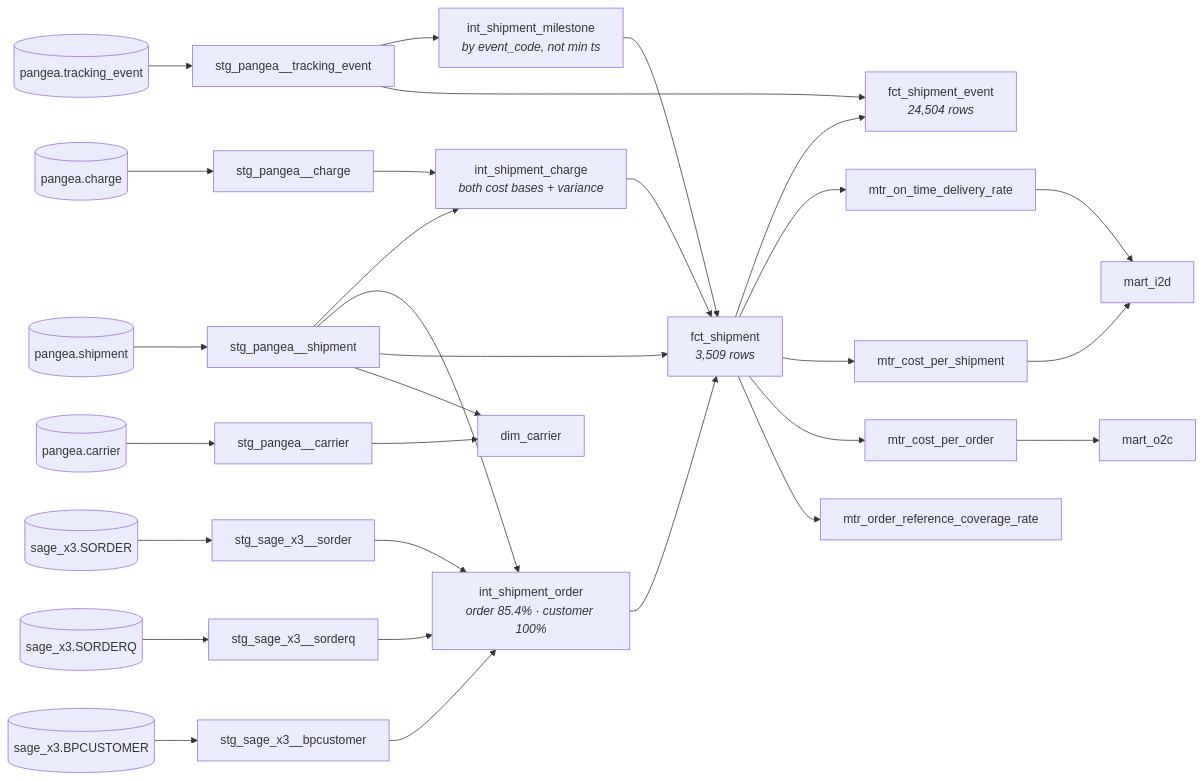
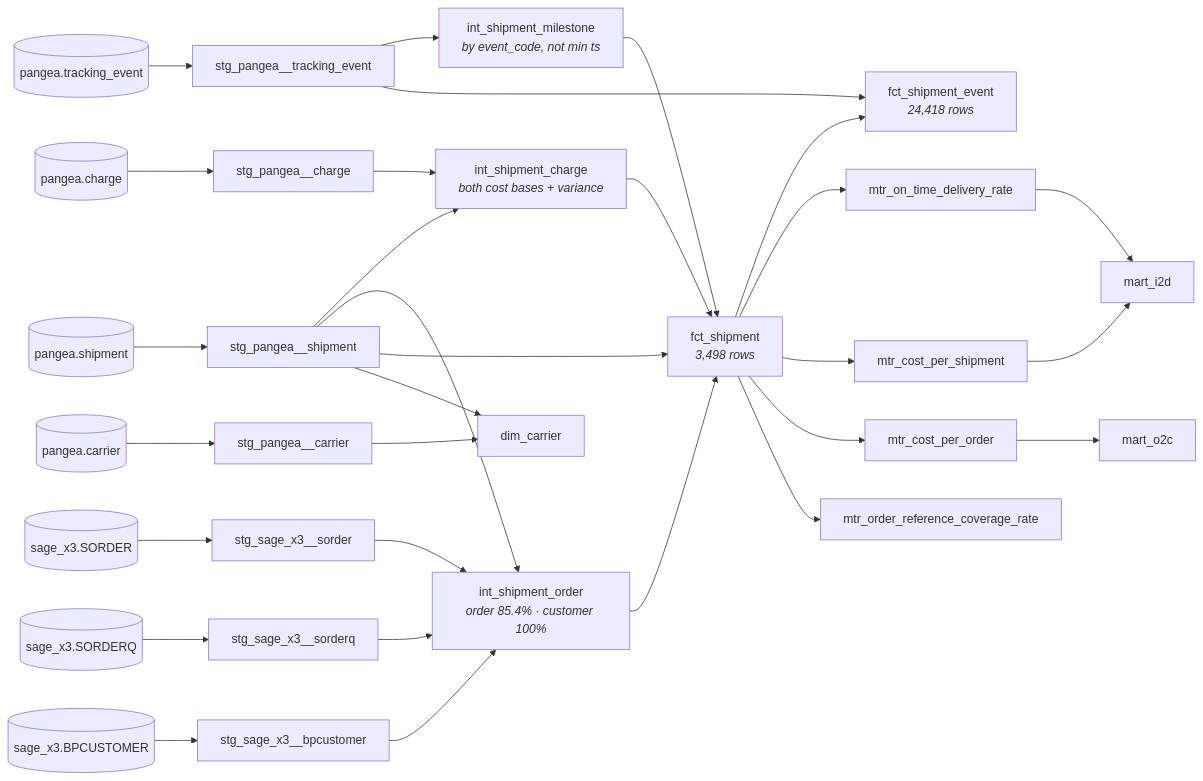
The tenth of 14 diagrams in docs/data_model.md (patrickmhaney/bgr_control_tower), drawn with Mermaid before and after one commit. The commit also changed other lines of this file and 34 other files, not shown here.

````diff
--- a/docs/data_model.md
+++ b/docs/data_model.md
@@ -993,37 +993,37 @@
 ```mermaid
 flowchart LR
     src_ship[("pangea.shipment")] --> stg_ship["stg_pangea__shipment"]
     src_evt[("pangea.tracking_event")] --> stg_evt["stg_pangea__tracking_event"]
     src_chg[("pangea.charge")] --> stg_chg["stg_pangea__charge"]
     src_car[("pangea.carrier")] --> stg_car["stg_pangea__carrier"]
     src_ord[("sage_x3.SORDER")] --> stg_ord["stg_sage_x3__sorder"]
     src_ordq[("sage_x3.SORDERQ")] --> stg_ordq["stg_sage_x3__sorderq"]
     src_cust[("sage_x3.BPCUSTOMER")] --> stg_cust["stg_sage_x3__bpcustomer"]
 
     stg_ship --> int_chg["int_shipment_charge<br/><i>both cost bases + variance</i>"]
     stg_chg --> int_chg
     stg_evt --> int_ms["int_shipment_milestone<br/><i>by event_code, not min ts</i>"]
     stg_ship --> int_ord["int_shipment_order<br/><i>order 85.4% · customer 100%</i>"]
     stg_ord --> int_ord
     stg_ordq --> int_ord
     stg_cust --> int_ord
 
-    stg_ship --> fct["fct_shipment<br/><i>3,509 rows</i>"]
+    stg_ship --> fct["fct_shipment<br/><i>3,498 rows</i>"]
     int_chg --> fct
     int_ms --> fct
     int_ord --> fct
 
-    stg_evt --> fevt["fct_shipment_event<br/><i>24,504 rows</i>"]
+    stg_evt --> fevt["fct_shipment_event<br/><i>24,418 rows</i>"]
     fct --> fevt
     stg_car --> dcar["dim_carrier"]
     stg_ship --> dcar
 
     fct --> mtr1["mtr_on_time_delivery_rate"]
     fct --> mtr2["mtr_cost_per_shipment"]
     fct --> mtr3["mtr_cost_per_order"]
     fct --> mtr4["mtr_order_reference_coverage_rate"]
 
     mtr1 --> i2d["mart_i2d"]
     mtr2 --> i2d
     mtr3 --> o2c["mart_o2c"]
 ```
````
